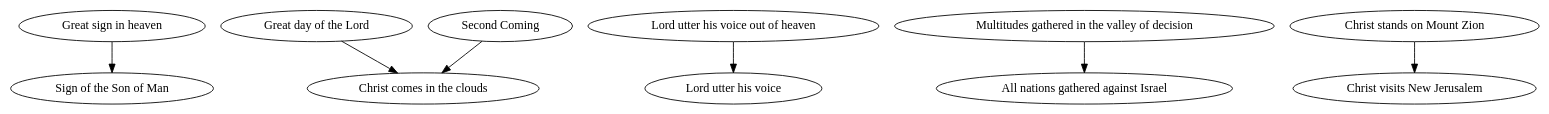
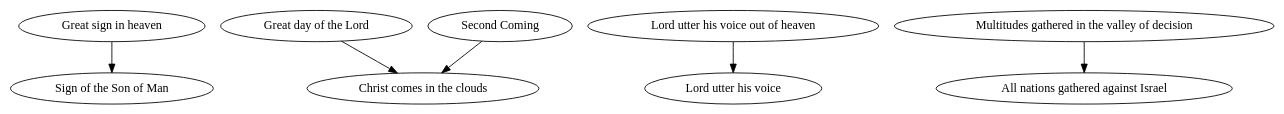
The diagram in synonyms/synonyms.gv (justincy/signs-of-the-second-coming), drawn with Graphviz before and after one commit.

Commit message:
Add note about a synonym

```diff
--- a/synonyms/synonyms.gv
+++ b/synonyms/synonyms.gv
@@ -1,25 +1,30 @@
 # List of signs that I believe are synonyms.
 #
 # My reasoning for considering two signs as synonyms
 # is documented elsewhere. This list is used to 
 # programatically simplify the full graph by 
 # collapsing synonyms.
 #
 # In each (a -> b) pair, the sign on the left will
 # be replaced in the graph by the sign on the right.
 
 digraph {
   "Great sign in heaven" -> "Sign of the Son of Man"
 
   # D&C 34:7-8
   "Great day of the Lord" -> "Christ comes in the clouds"
 
   "Second Coming" -> "Christ comes in the clouds"
 
   "Lord utter his voice out of heaven" -> "Lord utter his voice"
 
   "Multitudes gathered in the valley of decision" -> "All nations gathered against Israel"
 
   # D&C 84:2
-  "Christ stands on Mount Zion" -> "Christ visits New Jerusalem"
+  # "Christ visits New Jerusalem" doesn't exist in the graph so the script blows up.
+  # I just want to rename it, because "Christ visits New Jerusalem" is easier to
+  # understand than "Christ stands on Mount Zion". Not everyone knows what
+  # Mount Zion is, and they may confuse it with the prophecy about Christ standing
+  # on the Mount of Olives.
+  # "Christ stands on Mount Zion" -> "Christ visits New Jerusalem"
 }
```
